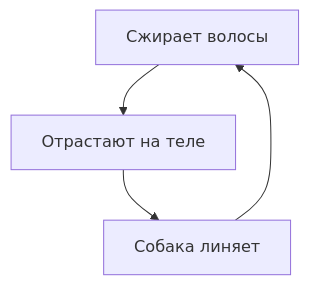
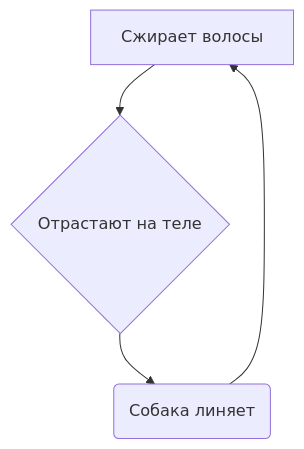
Before and after one commit to Barbara-S5/ya_project: the diagram in Markdown.md, drawn with Mermaid.

Commit message:
разные кобки графа

````diff
--- a/Markdown.md
+++ b/Markdown.md
@@ -19,7 +19,7 @@
 ```mermaid
 graph TD;
-  A[Сжирает волосы] --> B[Отрастают на теле];
-    B[Отрастают на теле] --> C[Собака линяет];
-    C[Собака линяет] --> A[Сжирает волосы];
+  A[Сжирает волосы] --> B{Отрастают на теле};
+    B{Отрастают на теле} --> C(Собака линяет);
+    C(Собака линяет) --> A[Сжирает волосы];
     
 ```
````
